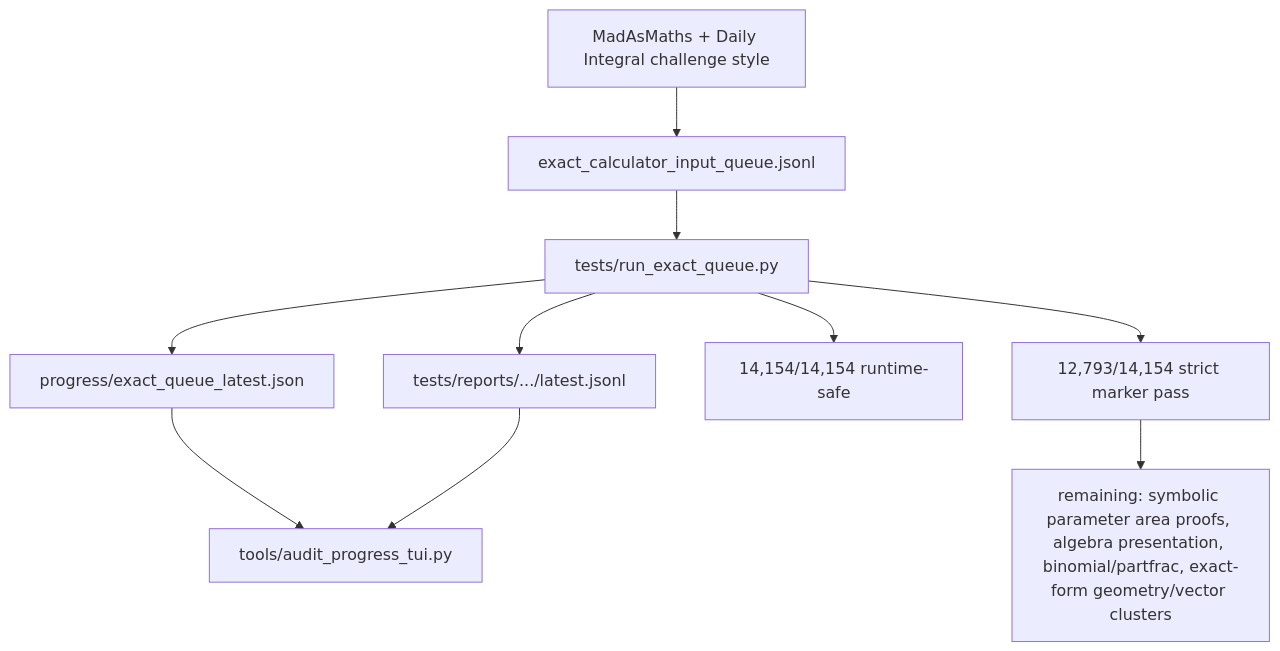
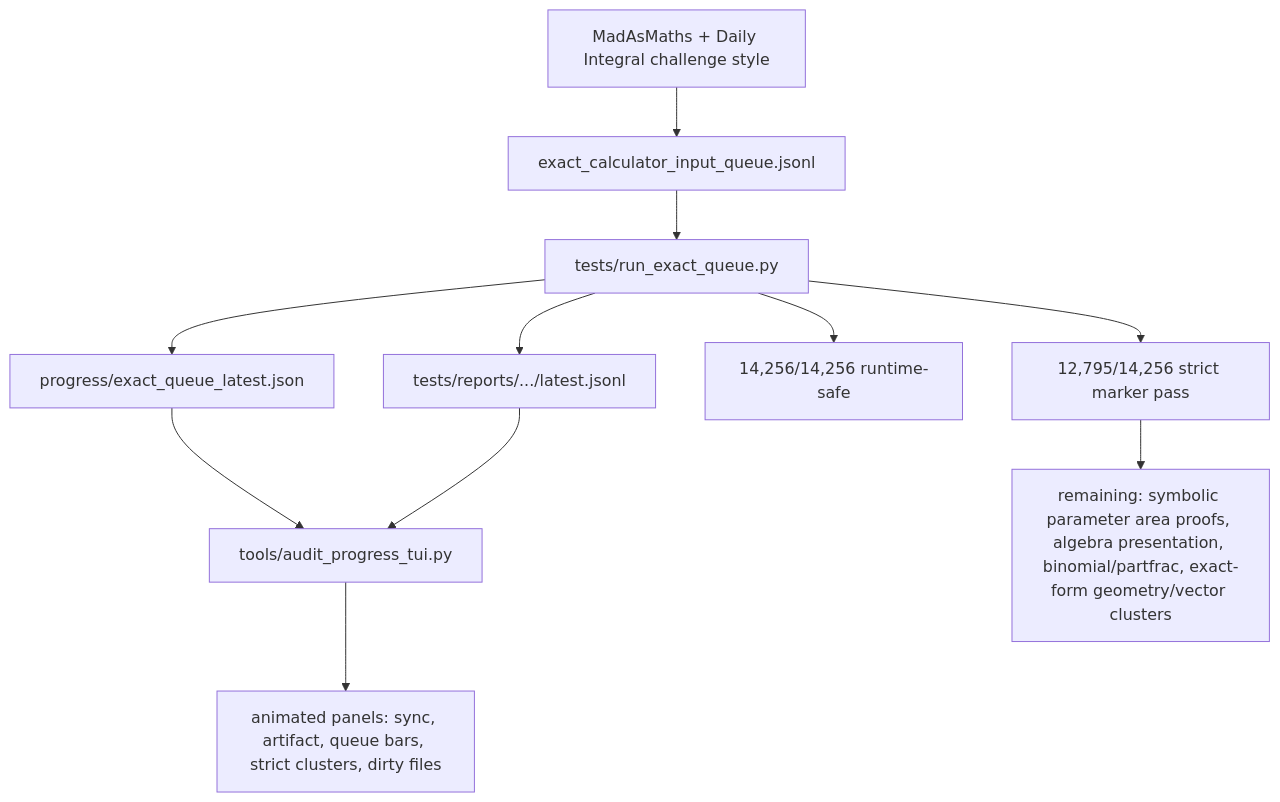
One commit to james8464/notes-addin-casio-fx-cg50 changed the fifth of 6 diagrams in docs/GRAPH.md. Above: the diagram before and after it, drawn with Mermaid. The commit also changed other lines of this file and 5 other files, not shown here.

````diff
--- a/docs/GRAPH.md
+++ b/docs/GRAPH.md
@@ -58,12 +58,13 @@
 ```mermaid
 graph TD
   Online["MadAsMaths + Daily Integral challenge style"] --> Queue["exact_calculator_input_queue.jsonl"]
   Queue --> Runner["tests/run_exact_queue.py"]
   Runner --> Live["progress/exact_queue_latest.json"]
   Runner --> Report["tests/reports/.../latest.jsonl"]
   Live --> TUI["tools/audit_progress_tui.py"]
   Report --> TUI
-  Runner --> Runtime["14,154/14,154 runtime-safe"]
-  Runner --> Strict["12,793/14,154 strict marker pass"]
+  TUI --> Panels["animated panels: sync, artifact, queue bars, strict clusters, dirty files"]
+  Runner --> Runtime["14,256/14,256 runtime-safe"]
+  Runner --> Strict["12,795/14,256 strict marker pass"]
   Strict --> Remaining["remaining: symbolic parameter area proofs, algebra presentation, binomial/partfrac, exact-form geometry/vector clusters"]
 ```
````
